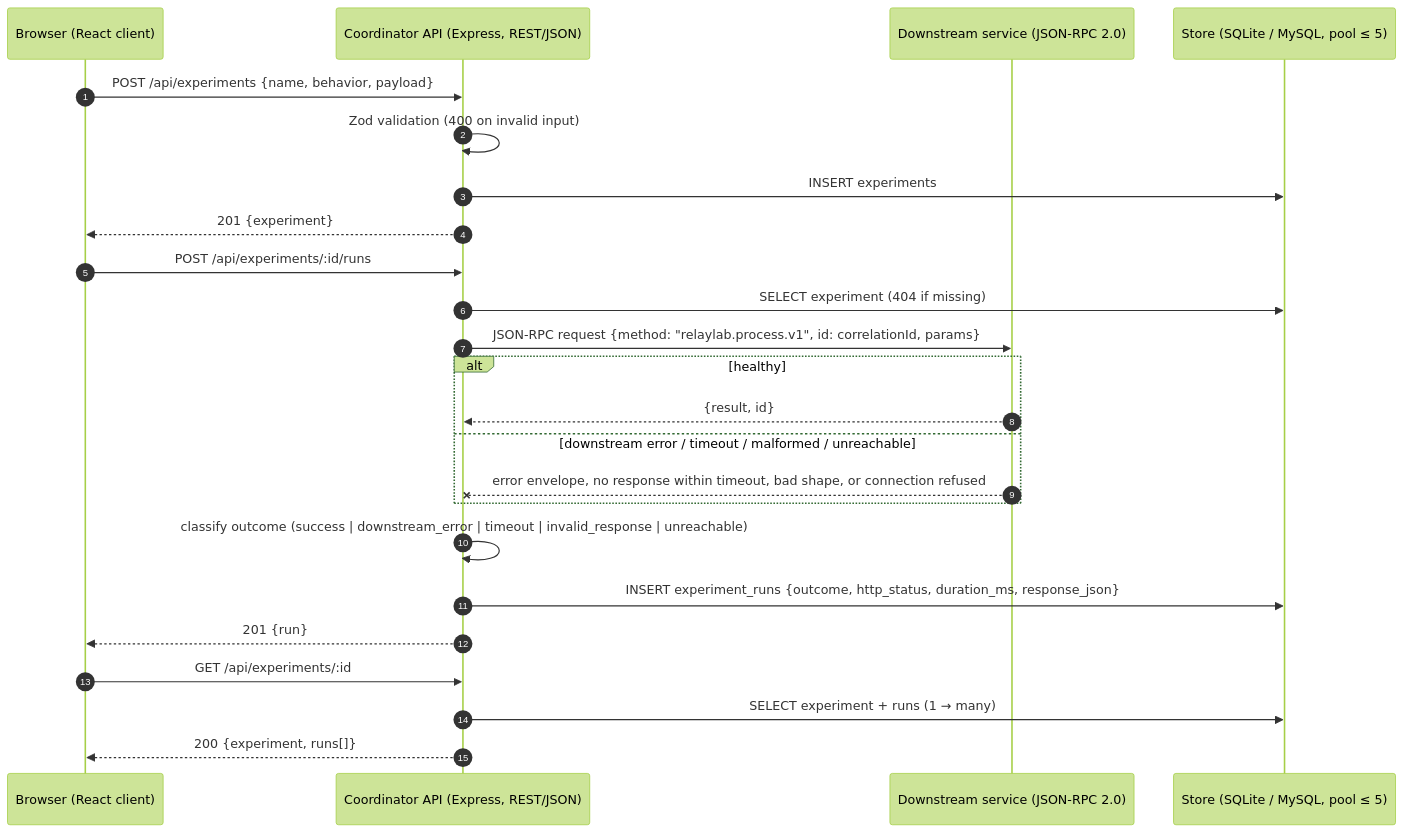
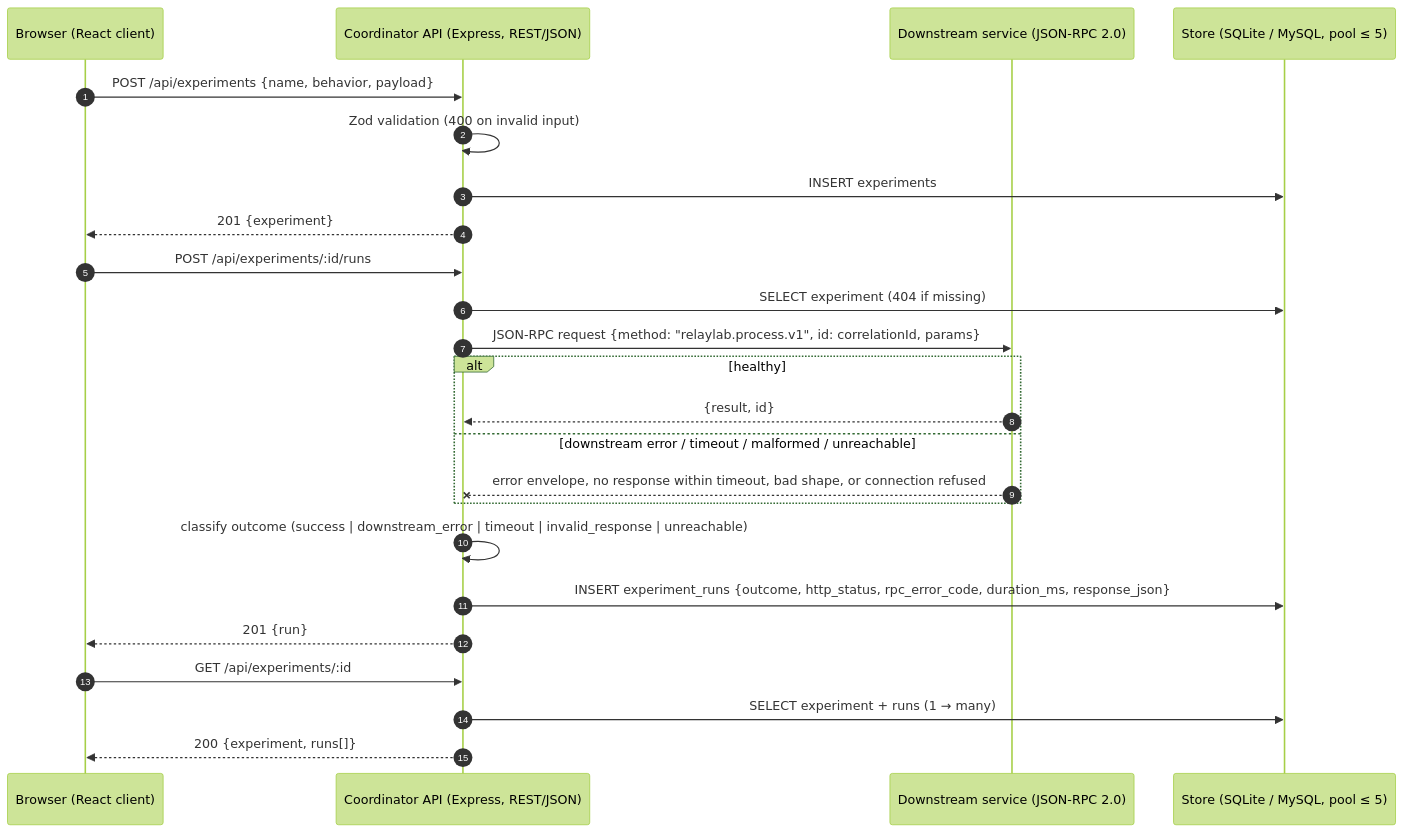
One commit to maxwellyoung/relaylab changed the diagram in docs/ARCHITECTURE_SEQUENCE.md. Above: the diagram before and after it, drawn with Mermaid (forest theme). The commit also changed 21 other files, not shown here.

````diff
--- a/docs/ARCHITECTURE_SEQUENCE.md
+++ b/docs/ARCHITECTURE_SEQUENCE.md
@@ -7,29 +7,29 @@
 ```mermaid
 sequenceDiagram
     autonumber
     participant B as Browser (React client)
     participant C as Coordinator API (Express, REST/JSON)
     participant D as Downstream service (JSON-RPC 2.0)
     participant S as Store (SQLite / MySQL, pool ≤ 5)
 
     B->>C: POST /api/experiments {name, behavior, payload}
     C->>C: Zod validation (400 on invalid input)
     C->>S: INSERT experiments
     C-->>B: 201 {experiment}
 
     B->>C: POST /api/experiments/:id/runs
     C->>S: SELECT experiment (404 if missing)
     C->>D: JSON-RPC request {method: "relaylab.process.v1", id: correlationId, params}
     alt healthy
         D-->>C: {result, id}
     else downstream error / timeout / malformed / unreachable
         D--xC: error envelope, no response within timeout, bad shape, or connection refused
     end
     C->>C: classify outcome (success | downstream_error | timeout | invalid_response | unreachable)
-    C->>S: INSERT experiment_runs {outcome, http_status, duration_ms, response_json}
+    C->>S: INSERT experiment_runs {outcome, http_status, rpc_error_code, duration_ms, response_json}
     C-->>B: 201 {run}
 
     B->>C: GET /api/experiments/:id
     C->>S: SELECT experiment + runs (1 → many)
     C-->>B: 200 {experiment, runs[]}
 ```
````
